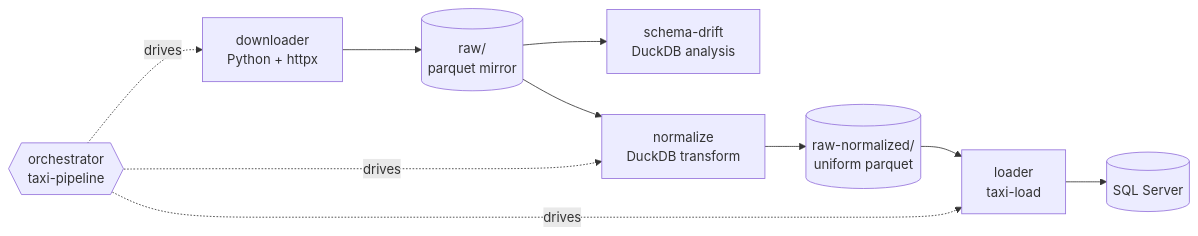
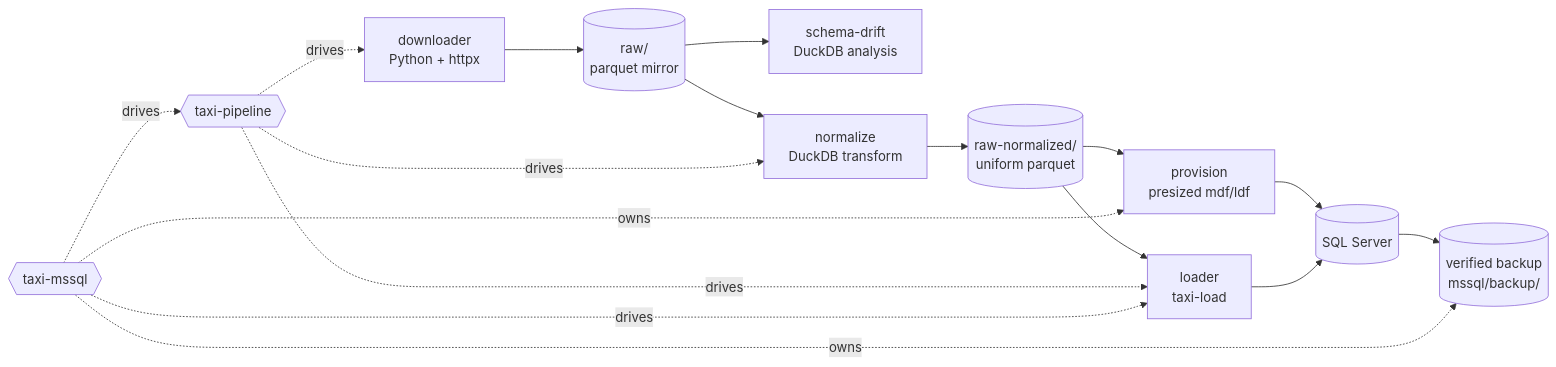
Before and after one commit to andrekamman/taxi-seed: the diagram in docs/architecture.md, drawn with Mermaid. The commit also changed other lines of this file and 21 other files, not shown here.

````diff
--- a/docs/architecture.md
+++ b/docs/architecture.md
@@ -63,22 +83,33 @@
 ```mermaid
 flowchart LR
   DL[downloader<br/>Python + httpx]
   RAW[(raw/<br/>parquet mirror)]
   SD[schema-drift<br/>DuckDB analysis]
   NORM[normalize<br/>DuckDB transform]
   RN[(raw-normalized/<br/>uniform parquet)]
+  PROV[provision<br/>presized mdf/ldf]
   LOAD[loader<br/>taxi-load]
   SQL[(SQL Server)]
+  BAK[(verified backup<br/>mssql/backup/)]
 
   DL --> RAW
   RAW --> SD
   RAW --> NORM
   NORM --> RN
+  RN --> PROV
+  PROV --> SQL
   RN --> LOAD
   LOAD --> SQL
+  SQL --> BAK
 
-  RUN{{orchestrator<br/>taxi-pipeline}}
+  RUN{{taxi-pipeline}}
   RUN -.drives.-> DL
   RUN -.drives.-> NORM
   RUN -.drives.-> LOAD
+
+  SEED{{taxi-mssql}}
+  SEED -.drives.-> RUN
+  SEED -.owns.-> PROV
+  SEED -.drives.-> LOAD
+  SEED -.owns.-> BAK
 ```
````
